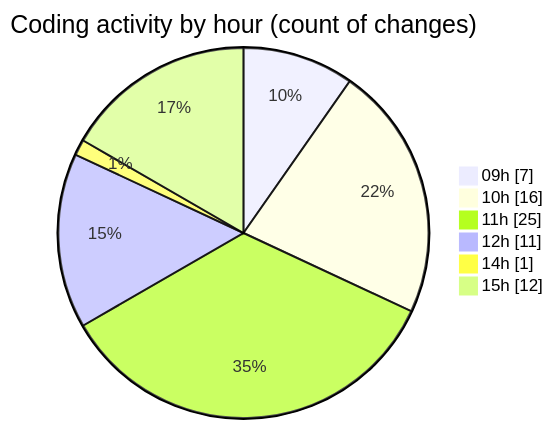
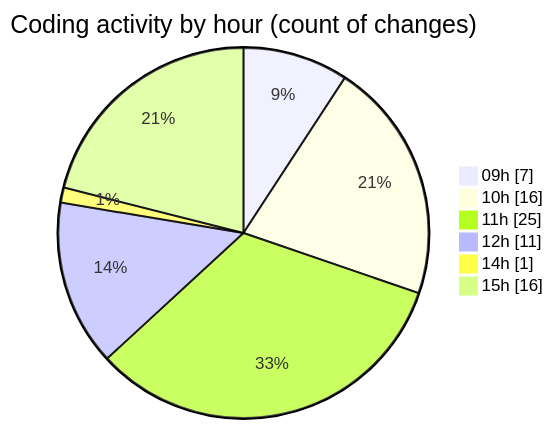
The second of 2 diagrams in 2025-02-13/cda/README.md (momahboobian/code-tracking), drawn with Mermaid before and after one commit. The commit also changed other lines of this file and 1 other file, not shown here.

````diff
--- a/2025-02-13/cda/README.md
+++ b/2025-02-13/cda/README.md
@@ -40,10 +40,10 @@
 ```mermaid
 pie showData
 title Coding activity by hour (count of changes)
 "09h" : 7
 "10h" : 16
 "11h" : 25
 "12h" : 11
 "14h" : 1
-"15h" : 12
+"15h" : 16
 ```
````
